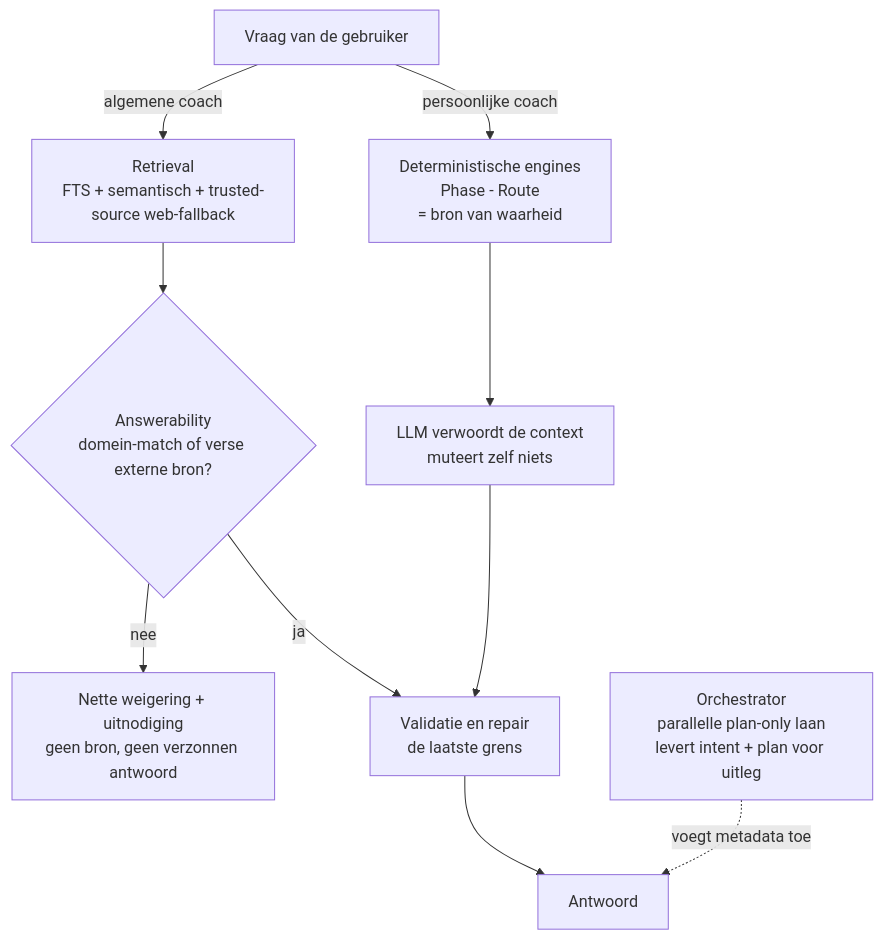
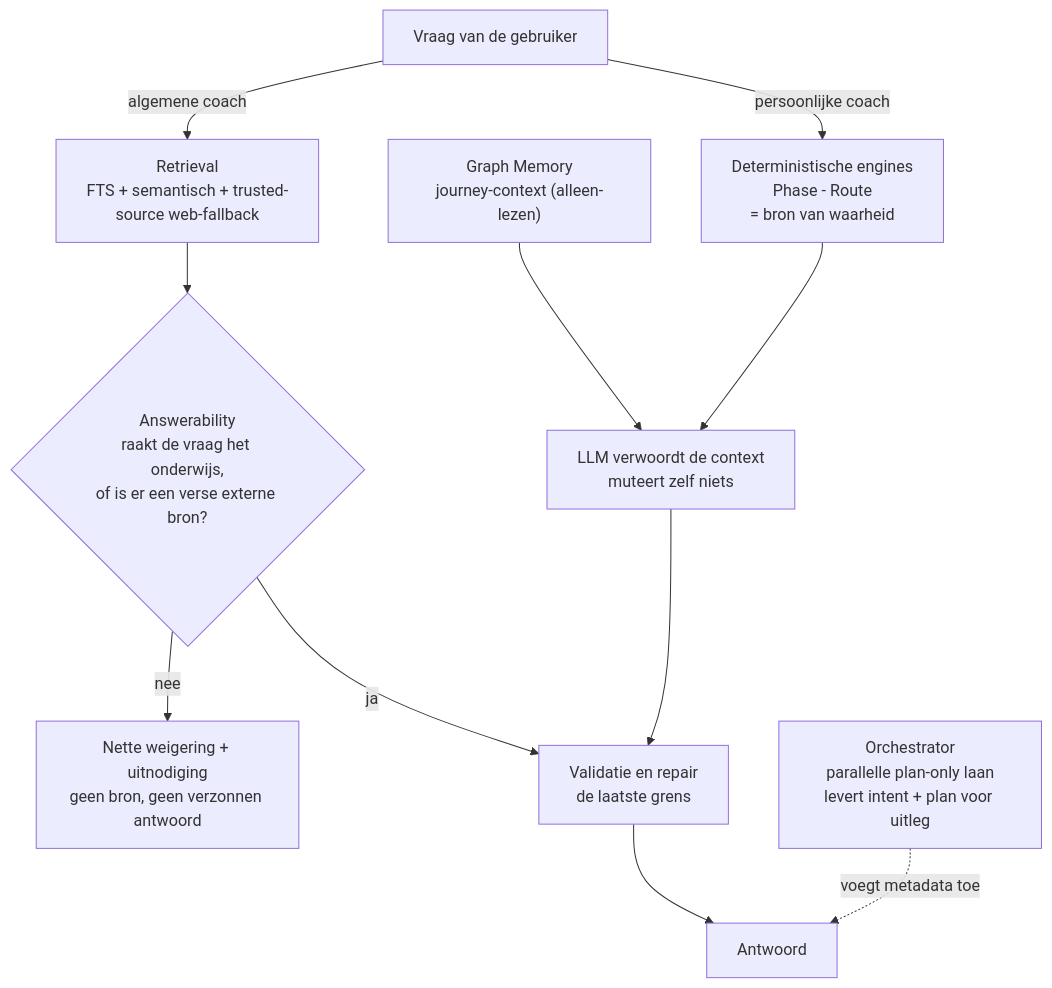
Before and after one commit to E-AI-MODEL/DoorHot: the third of 4 diagrams in README.md, drawn with Mermaid. The commit also changed other lines of this file, not shown here.

First line of the commit message:
Docs: sharpen the trust diagram after two accurate review findings

````diff
--- a/README.md
+++ b/README.md
@@ -436,17 +436,18 @@
 ```mermaid
 flowchart TD
     Q["Vraag van de gebruiker"]
 
     Q -->|algemene coach| RET["Retrieval<br/>FTS + semantisch + trusted-source web-fallback"]
-    RET --> GATE{"Answerability<br/>domein-match of verse externe bron?"}
+    RET --> GATE{"Answerability<br/>raakt de vraag het onderwijs,<br/>of is er een verse externe bron?"}
     GATE -->|nee| DEC["Nette weigering + uitnodiging<br/>geen bron, geen verzonnen antwoord"]
     GATE -->|ja| VAL
 
     Q -->|persoonlijke coach| ENG["Deterministische engines<br/>Phase - Route<br/>= bron van waarheid"]
+    GM["Graph Memory<br/>journey-context (alleen-lezen)"] --> LLMP
     ENG --> LLMP["LLM verwoordt de context<br/>muteert zelf niets"]
     LLMP --> VAL
 
     VAL["Validatie en repair<br/>de laatste grens"] --> ANS["Antwoord"]
 
     ORCH["Orchestrator<br/>parallelle plan-only laan<br/>levert intent + plan voor uitleg"] -.->|voegt metadata toe| ANS
 ```
````
